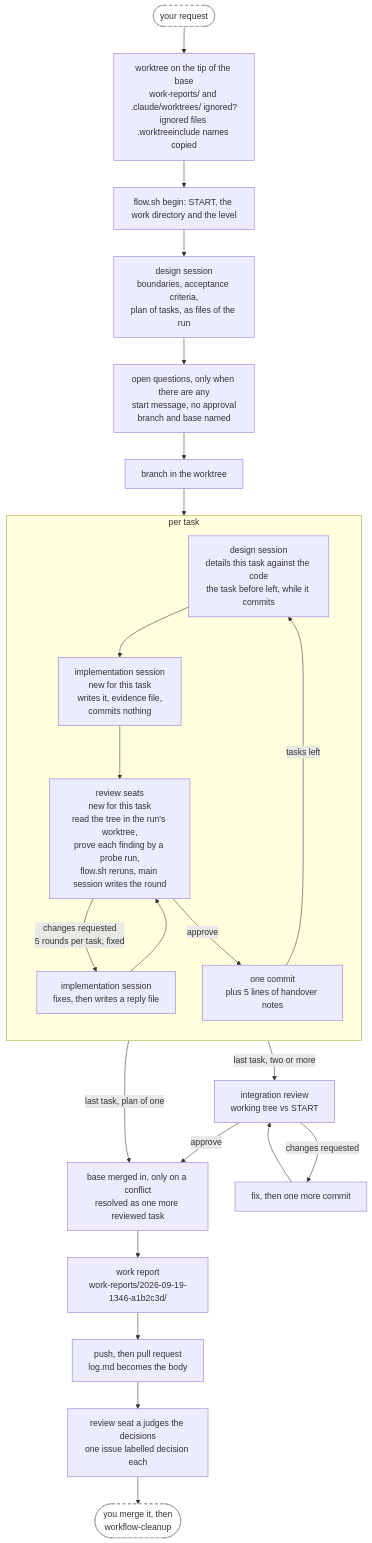
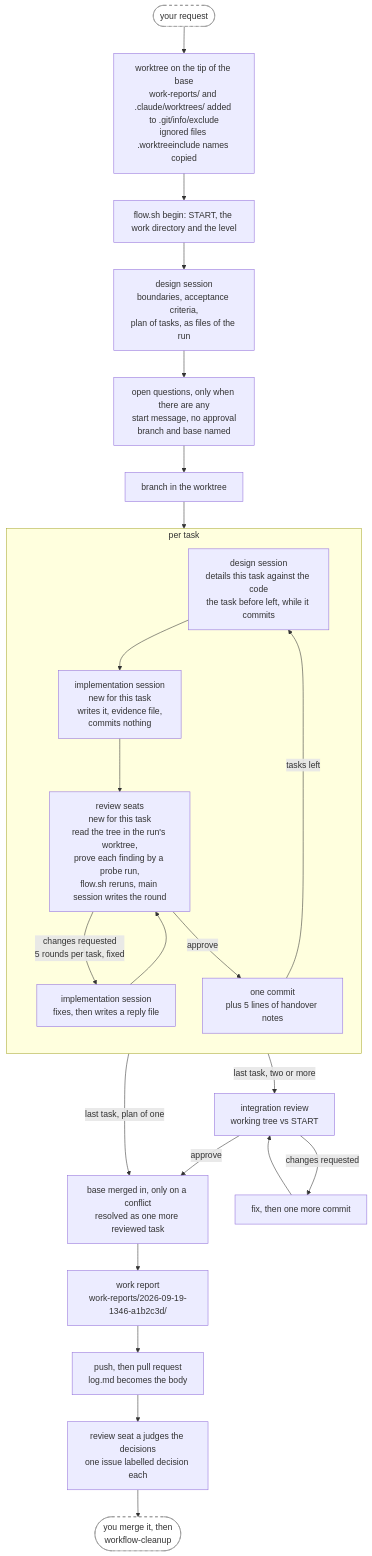
Before and after one commit to annetaan/claude-plugins: the second of 4 diagrams in plugins/annetaan/README.md, drawn with Mermaid. The commit also changed other lines of this file and 18 other files, not shown here.

````diff
--- a/plugins/annetaan/README.md
+++ b/plugins/annetaan/README.md
@@ -173,33 +173,33 @@
 ```mermaid
 flowchart TD
-    req(["your request"]) --> wt["worktree on the tip of the base<br/>work-reports/ and .claude/worktrees/ ignored?<br/>ignored files .worktreeinclude names copied"] --> begin["flow.sh begin: START, the work directory and the level"] --> design["design session<br/>boundaries, acceptance criteria,<br/>plan of tasks, as files of the run"]
+    req(["your request"]) --> wt["worktree on the tip of the base<br/>work-reports/ and .claude/worktrees/ added to .git/info/exclude<br/>ignored files .worktreeinclude names copied"] --> begin["flow.sh begin: START, the work directory and the level"] --> design["design session<br/>boundaries, acceptance criteria,<br/>plan of tasks, as files of the run"]
     design --> ask["open questions, only when there are any<br/>start message, no approval<br/>branch and base named"]
     ask --> setup["branch in the worktree"]
     setup --> detail
 
     subgraph task["per task"]
         direction TB
         detail["design session<br/>details this task against the code<br/>the task before left, while it commits"]
         impl["implementation session<br/>new for this task<br/>writes it, evidence file,<br/>commits nothing"]
         review["review seats<br/>new for this task<br/>read the tree in the run's worktree,<br/>prove each finding by a probe run,<br/>flow.sh reruns, main session writes the round"]
         respond["implementation session<br/>fixes, then writes a reply file"]
         commit["one commit<br/>plus 5 lines of handover notes"]
         detail --> impl --> review
         review -->|"changes requested<br/>5 rounds per task, fixed"| respond
         respond --> review
         review -->|approve| commit
         commit -->|tasks left| detail
     end
 
     commit -->|"last task, two or more"| integ["integration review<br/>working tree vs START"]
     commit -->|"last task, plan of one"| sync
     integ -->|changes requested| integfix["fix, then one more commit"]
     integfix --> integ
     integ -->|approve| sync["base merged in, only on a conflict<br/>resolved as one more reviewed task"]
     sync --> report["work report<br/>work-reports/2026-09-19-1346-a1b2c3d/"]
     report --> pr["push, then pull request<br/>log.md becomes the body"]
     pr --> decisions["review seat a judges the decisions<br/>one issue labelled decision each"] --> clean(["you merge it, then<br/>workflow-cleanup"])
 
     classDef human fill:#fff,stroke:#888,stroke-dasharray: 5 5
     class req,clean human
 ```
````
